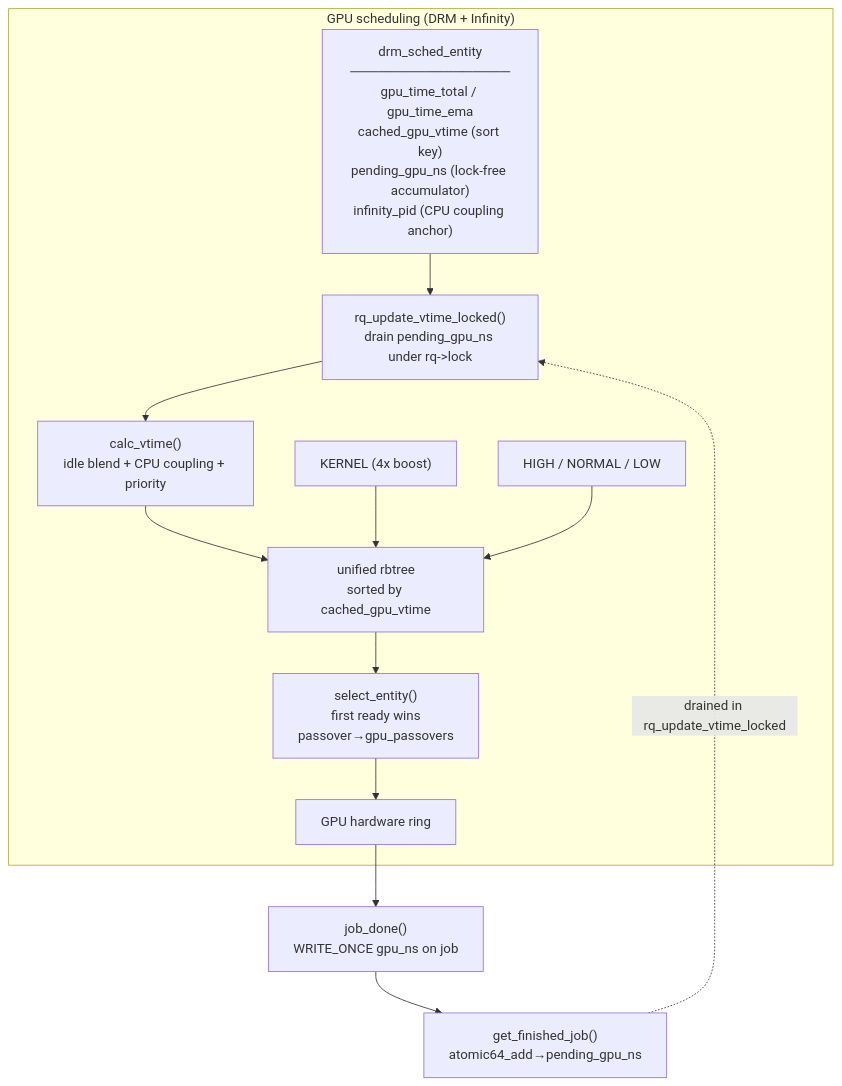
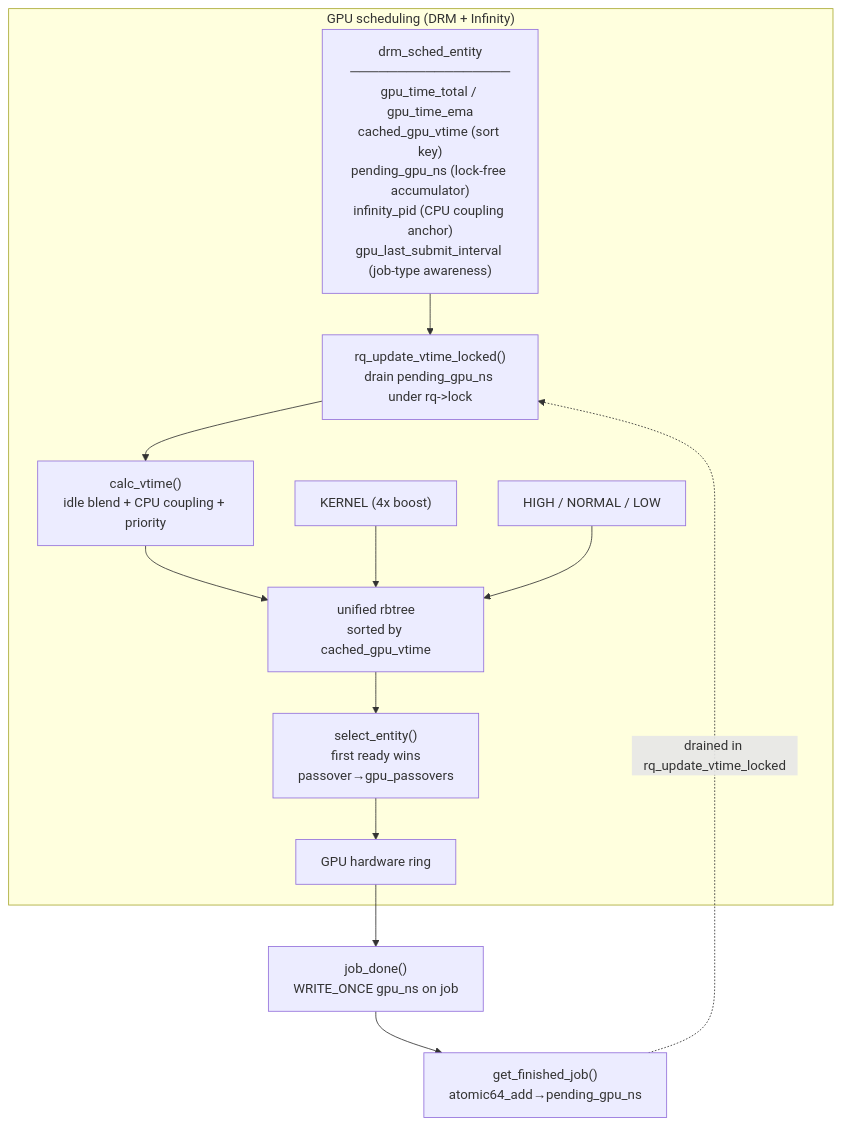
Before and after one commit to galpt/infinity-scheduler: the second of 2 diagrams in README.md, drawn with Mermaid. The commit also changed other lines of this file, not shown here.

Commit message:
README: update branch references to v4.7-gpu

````diff
--- a/README.md
+++ b/README.md
@@ -129,42 +129,43 @@
 ```mermaid
 flowchart TB
     classDef ent fill:#0000,stroke:#818cf8,stroke-width:2
     classDef algo fill:#0000,stroke:#14b8a6,stroke-width:2
     classDef dec fill:#0000,stroke:#d97706,stroke-width:2
 
     subgraph GPU["GPU scheduling (DRM + Infinity)"]
         ENTITY["drm_sched_entity
 ─────────────────
 gpu_time_total / gpu_time_ema
 cached_gpu_vtime (sort key)
 pending_gpu_ns (lock-free accumulator)
-infinity_pid (CPU coupling anchor)"]
+infinity_pid (CPU coupling anchor)
+gpu_last_submit_interval (job-type awareness)"]
 
         ENTITY --> DRAIN["rq_update_vtime_locked()
 drain pending_gpu_ns under rq->lock"]
         DRAIN --> VTIME["calc_vtime()
 idle blend + CPU coupling + priority"]
 
         VTIME --> QUEUE["unified rbtree
 sorted by cached_gpu_vtime"]
 
         KERNEL["KERNEL (4x boost)"]
         USER["HIGH / NORMAL / LOW"]
 
         KERNEL --> QUEUE
         USER --> QUEUE
         QUEUE --> SELECT["select_entity()
 first ready wins
 passover→gpu_passovers"]
 
         SELECT --> HW["GPU hardware ring"]
     end
 
     HW --> DONE["job_done()
 WRITE_ONCE gpu_ns on job"]
 
     DONE --> FINI["get_finished_job()
 atomic64_add→pending_gpu_ns"]
 
     FINI -. "drained in rq_update_vtime_locked" .-> DRAIN
 ```
````
